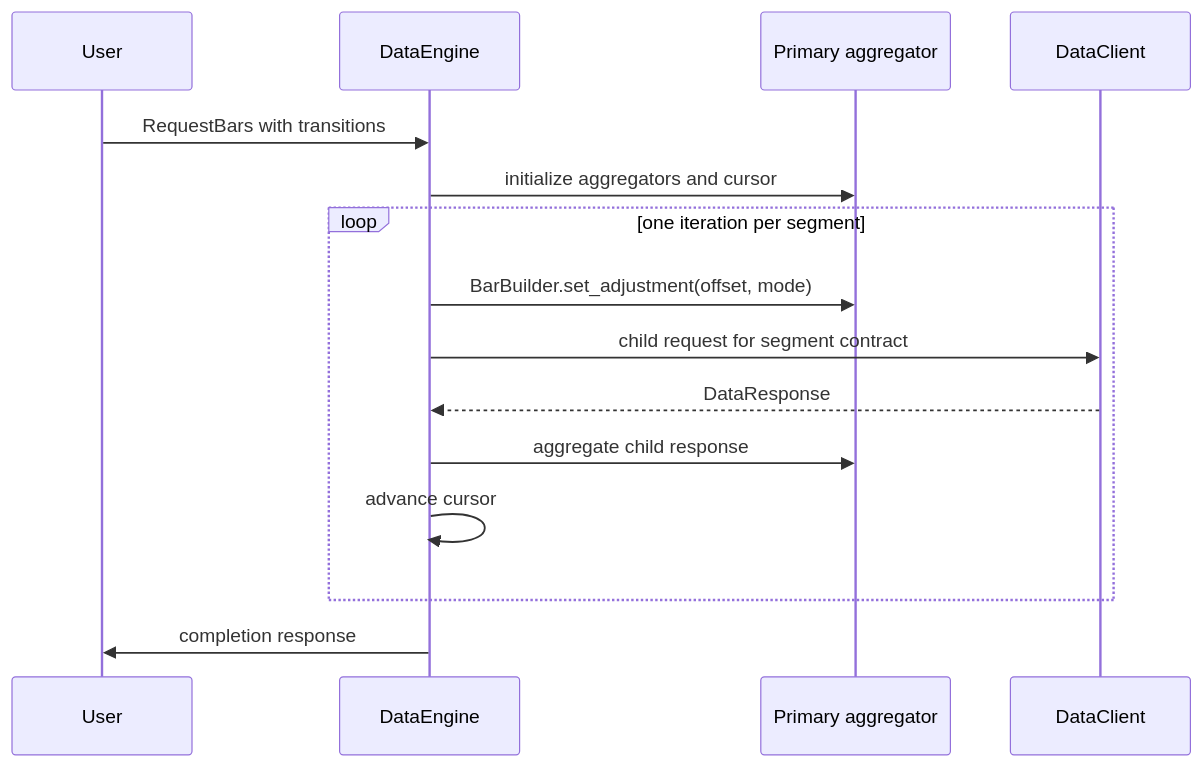
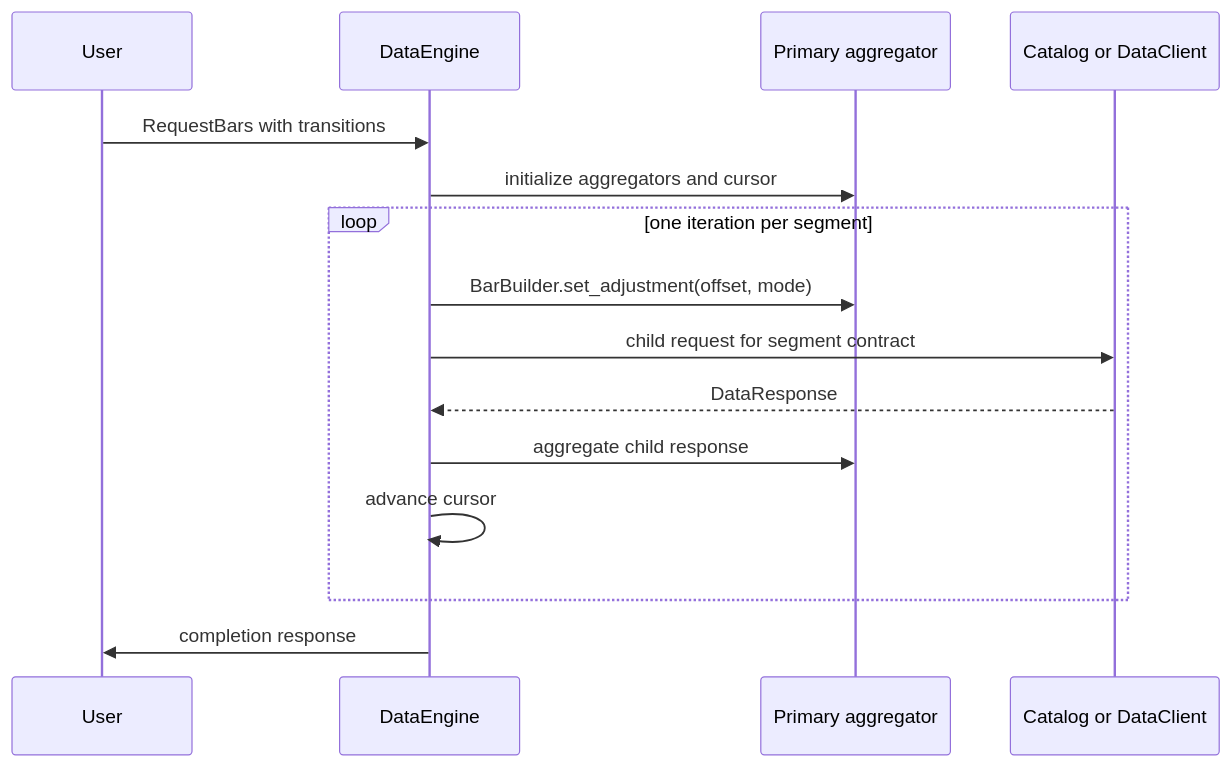
Before and after one commit to nautechsystems/nautilus_trader: the second of 5 diagrams in docs/concepts/continuous_futures.md, drawn with Mermaid. The commit also changed other lines of this file and 9 other files, not shown here.

````diff
--- a/docs/concepts/continuous_futures.md
+++ b/docs/concepts/continuous_futures.md
@@ -177,18 +179,18 @@
 ```mermaid
 sequenceDiagram
     participant User
     participant Engine as DataEngine
     participant Agg as Primary aggregator
-    participant Client as DataClient
+    participant Client as Catalog or DataClient
 
     User->>Engine: RequestBars with transitions
     Engine->>Agg: initialize aggregators and cursor
     loop one iteration per segment
         Engine->>Agg: BarBuilder.set_adjustment(offset, mode)
         Engine->>Client: child request for segment contract
         Client-->>Engine: DataResponse
         Engine->>Agg: aggregate child response
         Engine->>Engine: advance cursor
     end
     Engine->>User: completion response
 ```
````
